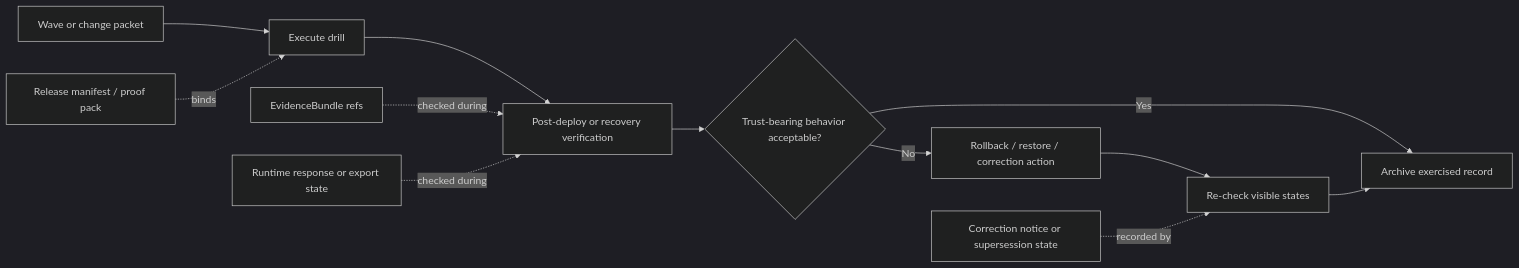
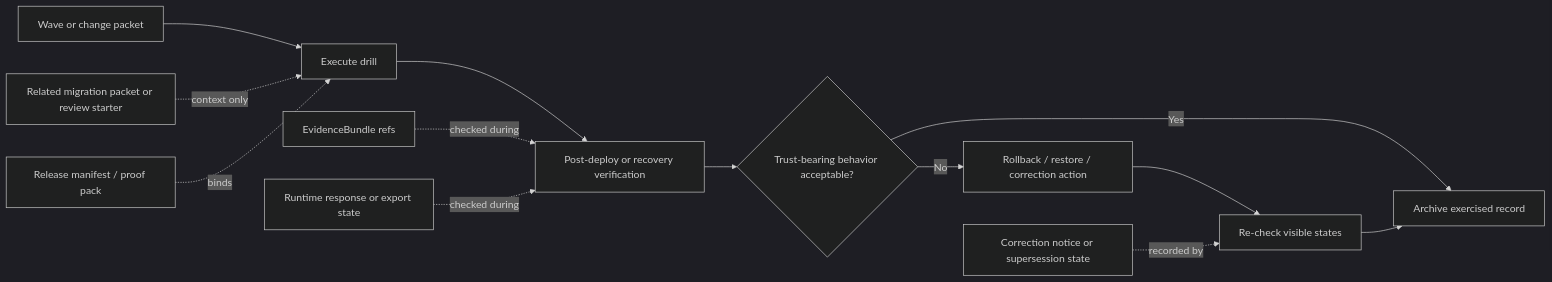
The diagram in migrations/drills/README.md (bartytime4life/Kansas-Frontier-Matrix), drawn with Mermaid (dark theme) before and after one commit. The commit also changed other lines of this file, not shown here.

````diff
--- a/migrations/drills/README.md
+++ b/migrations/drills/README.md
@@ -316,16 +331,17 @@
 ```mermaid
 flowchart LR
     W[Wave or change packet] --> D[Execute drill]
+    P[Related migration packet or review starter] -.context only.-> D
     D --> V[Post-deploy or recovery verification]
     V --> Q{Trust-bearing behavior acceptable?}
 
     Q -- Yes --> A[Archive exercised record]
     Q -- No --> R[Rollback / restore / correction action]
     R --> S[Re-check visible states]
     S --> A
 
     E1[Release manifest / proof pack] -.binds.-> D
     E2[EvidenceBundle refs] -.checked during.-> V
     E3[Runtime response or export state] -.checked during.-> V
     E4[Correction notice or supersession state] -.recorded by.-> S
 ```
````
